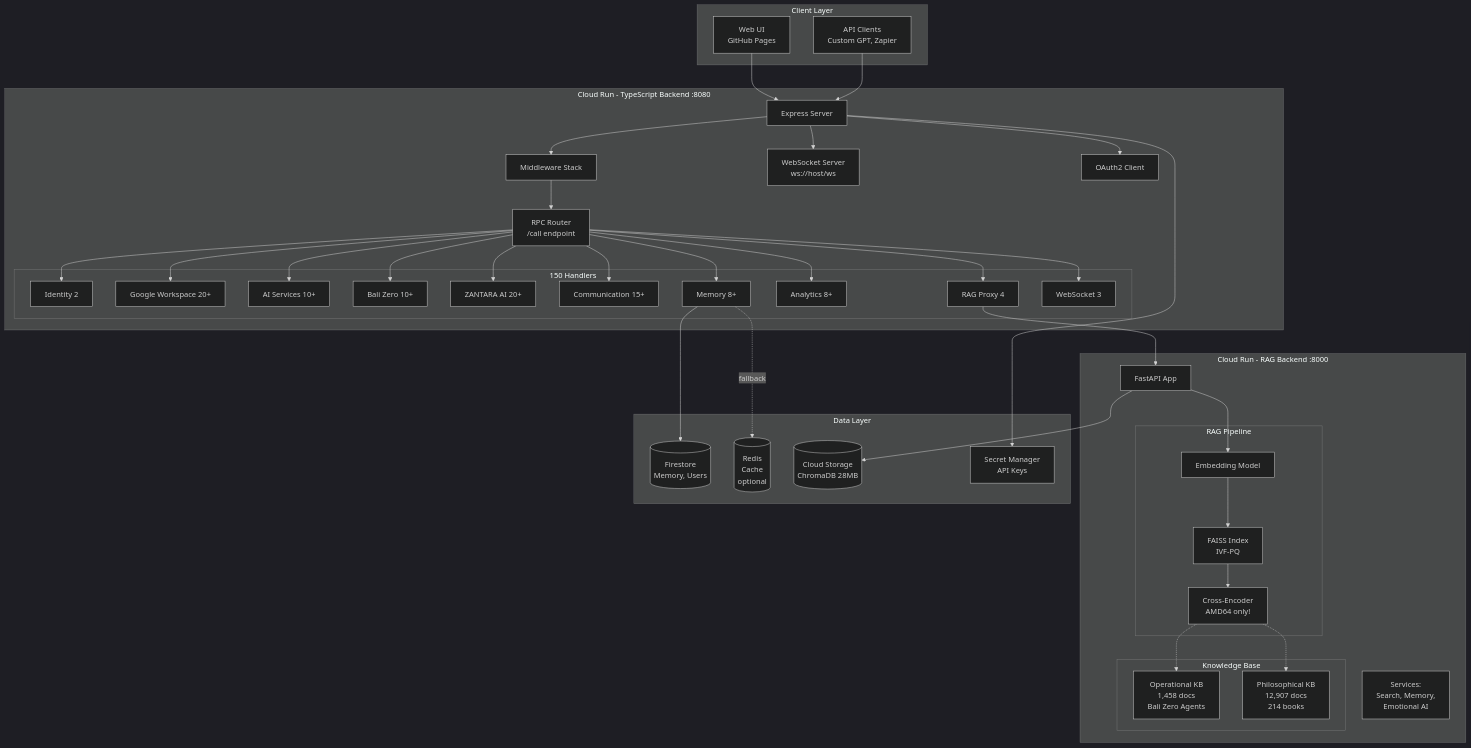
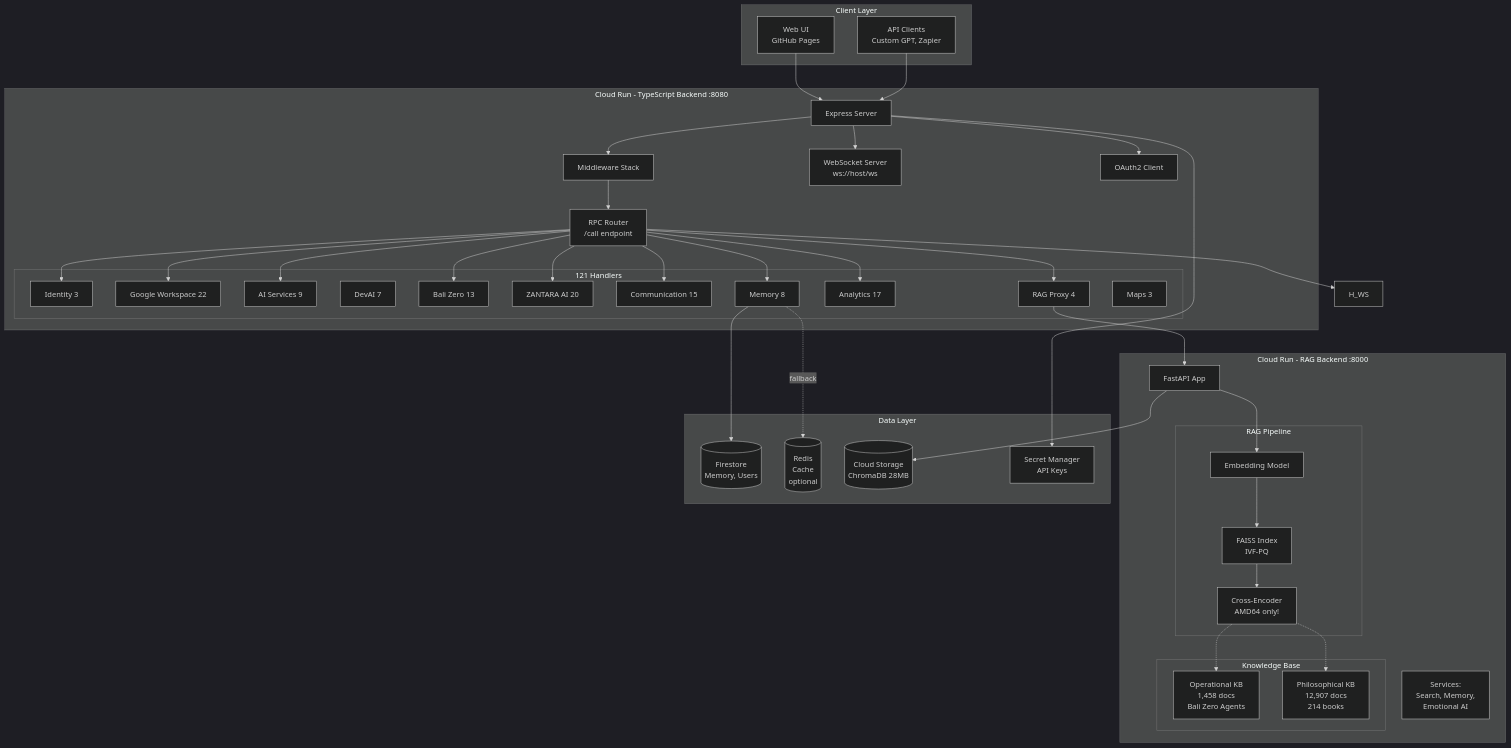
The first of 4 diagrams in ARCHITECTURE.md (Balizero1987/nuzantara), drawn with Mermaid (dark theme) before and after one commit. The commit also changed other lines of this file and 22 other files, not shown here.

````diff
--- a/ARCHITECTURE.md
+++ b/ARCHITECTURE.md
@@ -15,75 +19,76 @@
 ```mermaid
 graph TB
     subgraph "Client Layer"
         WebUI[Web UI<br/>GitHub Pages]
         API_Clients[API Clients<br/>Custom GPT, Zapier]
     end
 
     subgraph "Cloud Run - TypeScript Backend :8080"
         Express[Express Server]
         Router[RPC Router<br/>/call endpoint]
         MW[Middleware Stack]
 
-        subgraph "150 Handlers"
-            H_Identity[Identity 2]
-            H_GWS[Google Workspace 20+]
-            H_AI[AI Services 10+]
-            H_BZ[Bali Zero 10+]
-            H_Zantara[ZANTARA AI 20+]
-            H_Comm[Communication 15+]
-            H_Memory[Memory 8+]
-            H_Analytics[Analytics 8+]
+        subgraph "121 Handlers"
+            H_Identity[Identity 3]
+            H_GWS[Google Workspace 22]
+            H_AI[AI Services 9]
+            H_DevAI[DevAI 7]
+            H_BZ[Bali Zero 13]
+            H_Zantara[ZANTARA AI 20]
+            H_Comm[Communication 15]
+            H_Memory[Memory 8]
+            H_Analytics[Analytics 17]
             H_RAG[RAG Proxy 4]
-            H_WS[WebSocket 3]
+            H_Maps[Maps 3]
         end
 
         WS[WebSocket Server<br/>ws://host/ws]
         OAuth[OAuth2 Client]
     end
 
     subgraph "Cloud Run - RAG Backend :8000"
         FastAPI[FastAPI App]
 
         subgraph "RAG Pipeline"
             Embed[Embedding Model]
             FAISS[FAISS Index<br/>IVF-PQ]
             Rerank[Cross-Encoder<br/>AMD64 only!]
         end
 
         subgraph "Knowledge Base"
             KB_Ops[Operational KB<br/>1,458 docs<br/>Bali Zero Agents]
             KB_Phil[Philosophical KB<br/>12,907 docs<br/>214 books]
         end
 
         Services[Services:<br/>Search, Memory,<br/>Emotional AI]
     end
 
     subgraph "Data Layer"
         Firestore[(Firestore<br/>Memory, Users)]
         Redis[(Redis<br/>Cache<br/>optional)]
         GCS[(Cloud Storage<br/>ChromaDB 28MB)]
         SecretMgr[Secret Manager<br/>API Keys]
     end
 
     WebUI --> Express
     API_Clients --> Express
     Express --> MW
     MW --> Router
     Router --> H_Identity & H_GWS & H_AI & H_BZ & H_Zantara
     Router --> H_Comm & H_Memory & H_Analytics & H_RAG & H_WS
 
     H_RAG --> FastAPI
     FastAPI --> Embed
     Embed --> FAISS
     FAISS --> Rerank
     Rerank -.-> KB_Ops
     Rerank -.-> KB_Phil
 
     Express --> WS
     Express --> OAuth
 
     H_Memory --> Firestore
     H_Memory -.fallback.-> Redis
     FastAPI --> GCS
     Express --> SecretMgr
 ```
````
